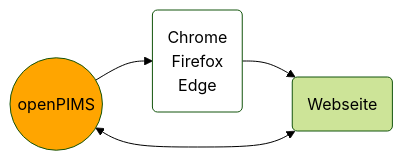
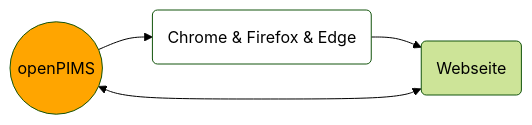
One commit to openpims/openpims changed the first of 3 diagrams in README.md. Above: the diagram before and after it, drawn with Mermaid (forest theme).

````diff
--- a/README.md
+++ b/README.md
@@ -7,8 +7,8 @@
 ```mermaid
   graph LR;
-      A((openPIMS)) --> B(Chrome<br>Firefox<br>Edge);
+      A((openPIMS)) --> B(Chrome & Firefox & Edge);
       B --> C(Webseite);
       C <--> A;
       style A fill:orange
       style B fill:white
 ```
````
